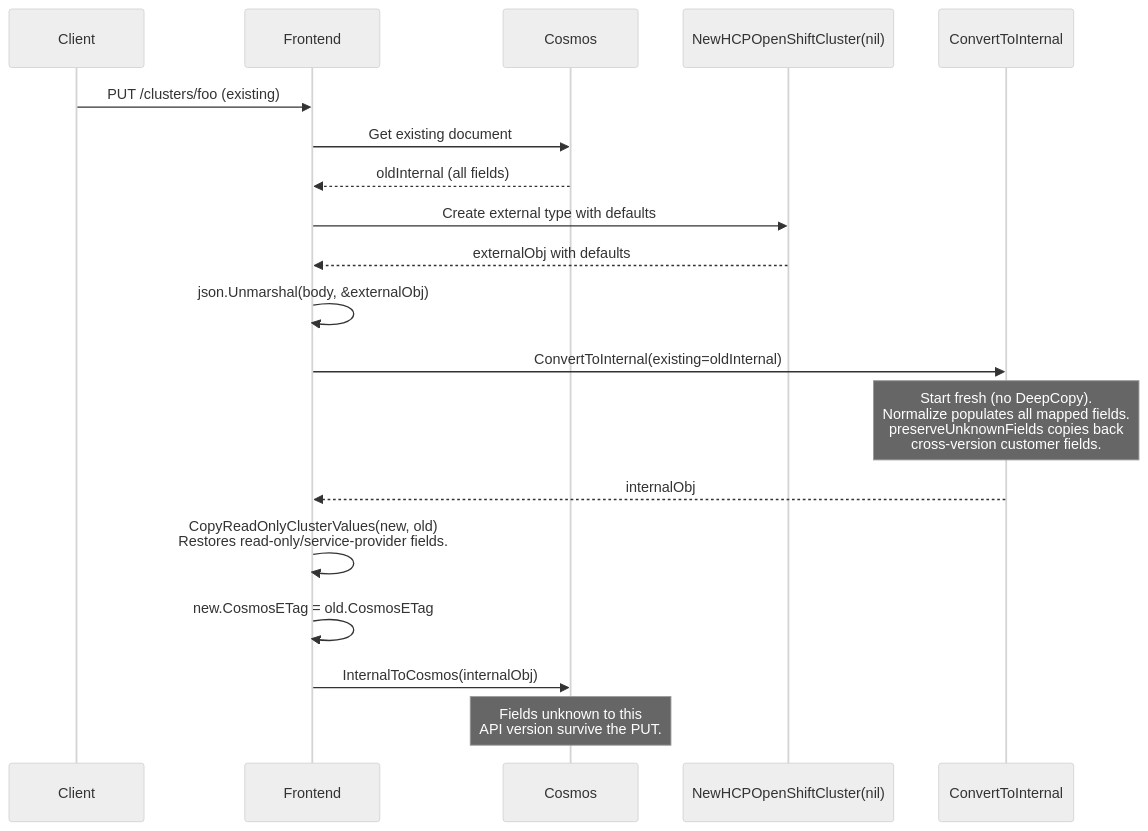
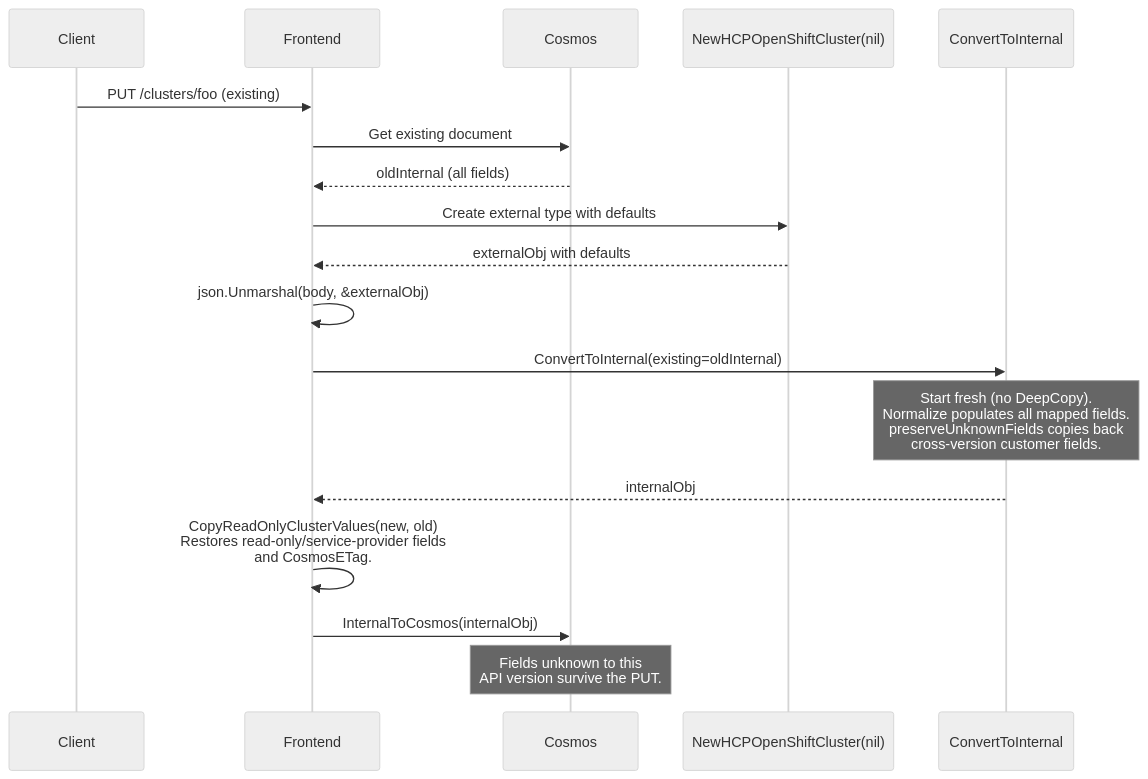
One commit to Azure/ARO-HCP changed the second of 8 diagrams in docs/api-version-defaults-and-storage.md. Above: the diagram before and after it, drawn with Mermaid (neutral theme). The commit also changed other lines of this file and 7 other files, not shown here.

First line of the commit message:
api: centralize CosmosETag in CopyReadOnly*Values and version-aware test payloads

````diff
--- a/docs/api-version-defaults-and-storage.md
+++ b/docs/api-version-defaults-and-storage.md
@@ -67,22 +67,21 @@
 ```mermaid
 sequenceDiagram
     participant Client
     participant FE as Frontend
     participant Cosmos
     participant Ctor as NewHCPOpenShiftCluster(nil)
     participant CI as ConvertToInternal
 
     Client->>FE: PUT /clusters/foo (existing)
     FE->>Cosmos: Get existing document
     Cosmos-->>FE: oldInternal (all fields)
     FE->>Ctor: Create external type with defaults
     Ctor-->>FE: externalObj with defaults
     FE->>FE: json.Unmarshal(body, &externalObj)
     FE->>CI: ConvertToInternal(existing=oldInternal)
     Note over CI: Start fresh (no DeepCopy).<br/>Normalize populates all mapped fields.<br/>preserveUnknownFields copies back<br/>cross-version customer fields.
     CI-->>FE: internalObj
-    FE->>FE: CopyReadOnlyClusterValues(new, old)<br/>Restores read-only/service-provider fields.
-    FE->>FE: new.CosmosETag = old.CosmosETag
+    FE->>FE: CopyReadOnlyClusterValues(new, old)<br/>Restores read-only/service-provider fields<br/>and CosmosETag.
     FE->>Cosmos: InternalToCosmos(internalObj)
     Note over Cosmos: Fields unknown to this<br/>API version survive the PUT.
 ```
````
